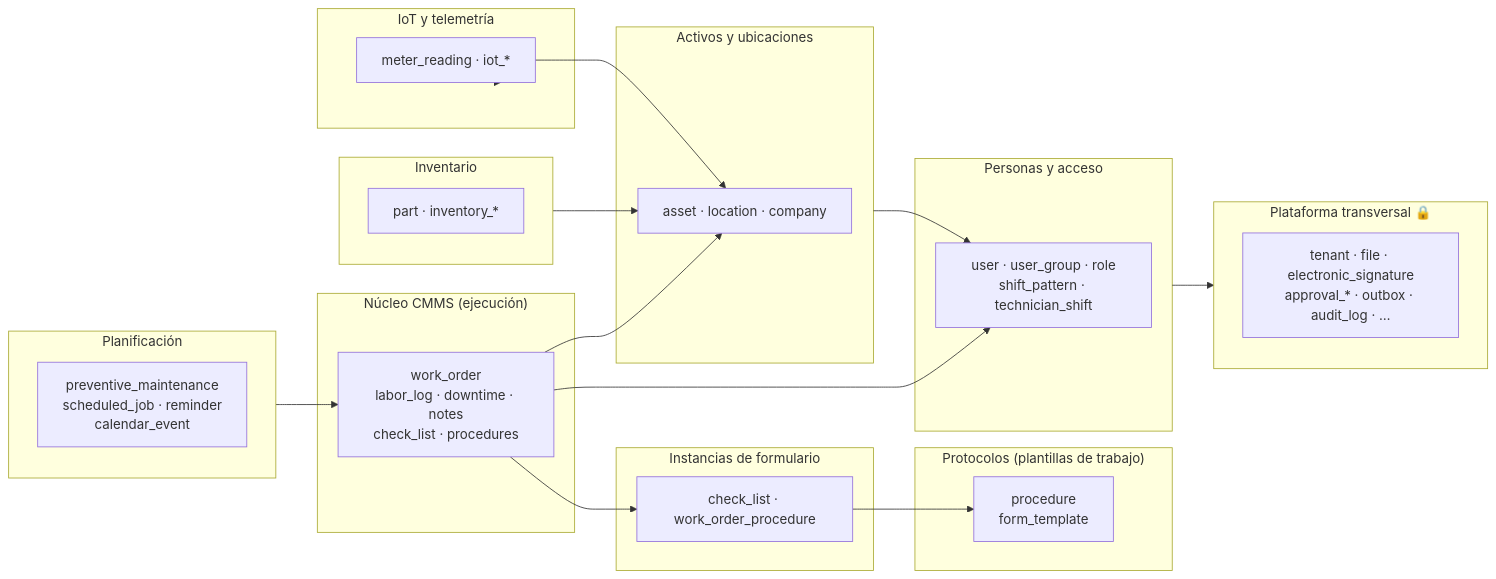
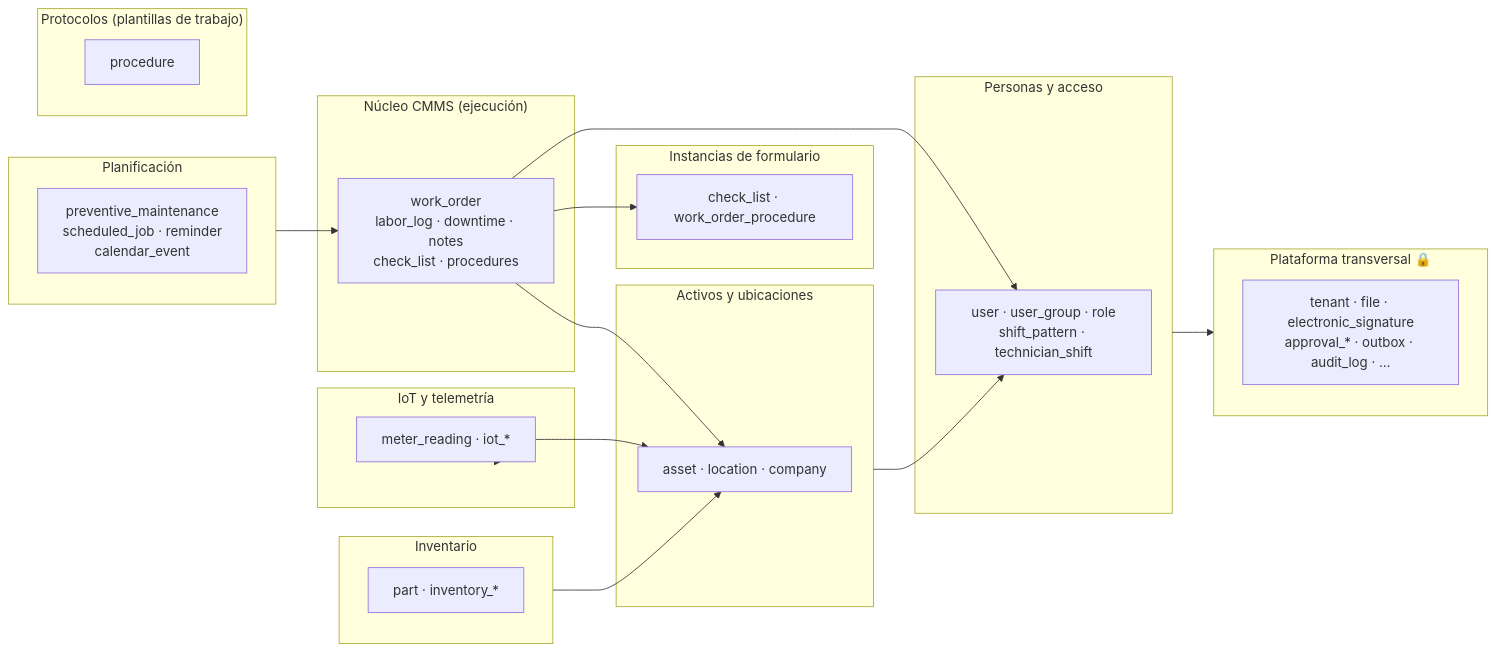
Before and after one commit to metritechnology/metri-engine: the first of 5 diagrams in docs/reference/diagrama-modelo-datos.md, drawn with Mermaid. The commit also changed other lines of this file and 11 other files, not shown here.

First line of the commit message:
refactor(modelos): retirar la capa form_template — checklists self-contained

````diff
--- a/docs/reference/diagrama-modelo-datos.md
+++ b/docs/reference/diagrama-modelo-datos.md
@@ -24,41 +24,40 @@
 ```mermaid
 flowchart LR
     subgraph CMMS["Núcleo CMMS (ejecución)"]
         WO["work_order<br/>labor_log · downtime · notes<br/>check_list · procedures"]
     end
     subgraph PLAN["Planificación"]
         PM["preventive_maintenance<br/>scheduled_job · reminder<br/>calendar_event"]
     end
     subgraph PROT["Protocolos (plantillas de trabajo)"]
-        TT["procedure<br/>form_template"]
+        TT["procedure"]
     end
     subgraph EXEC["Instancias de formulario"]
         CL["check_list · work_order_procedure"]
     end
     subgraph ACT["Activos y ubicaciones"]
         AS["asset · location · company"]
     end
     subgraph INV["Inventario"]
         PART["part · inventory_*"]
     end
     subgraph IOT["IoT y telemetría"]
         METER["meter_reading · iot_*"]
     end
     subgraph PEOPLE["Personas y acceso"]
         U["user · user_group · role<br/>shift_pattern · technician_shift"]
     end
     subgraph PLAT["Plataforma transversal 🔒"]
         PF["tenant · file · electronic_signature<br/>approval_* · outbox · audit_log · …"]
     end
 
     WO --> AS
     WO --> U
     WO --> CL
-    CL --> TT
     PLAN --> WO
     METER --> AS
     INV --> AS
     IOT --> METER
     ACT --> U
     PEOPLE --> PLAT
 ```
````
